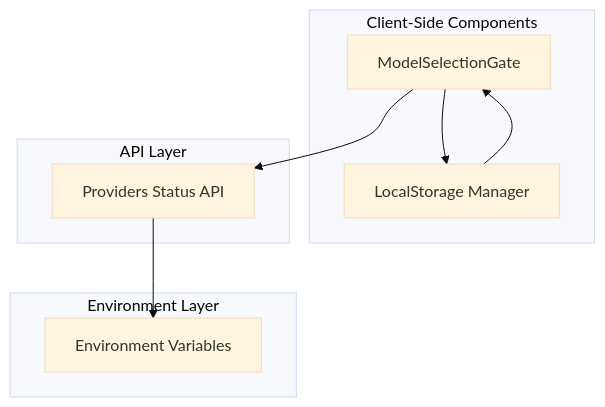
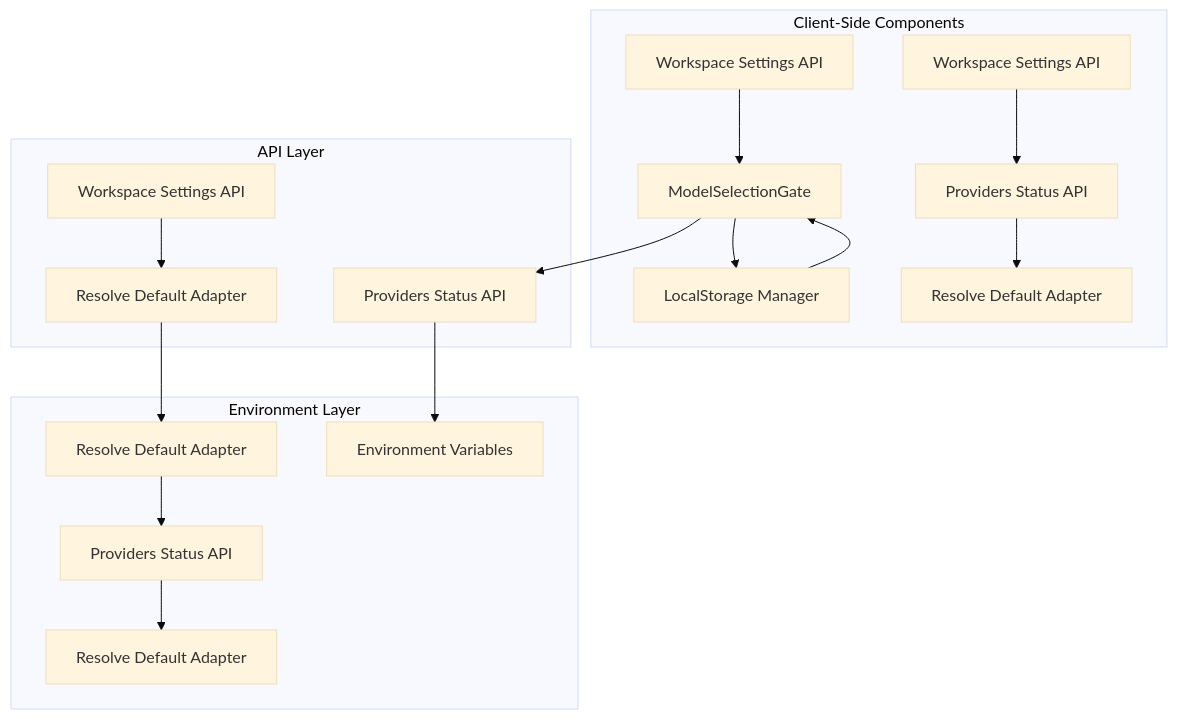
Before and after one commit to shekhargiri005-dotcom/AI-powered-accessibility-first-UI-engine: the first of 5 diagrams in .qoder/repowiki/en/content/Model Selection Gate.md, drawn with Mermaid (base theme). The commit also changed other lines of this file and 20 other files, not shown here.

````diff
--- a/.qoder/repowiki/en/content/Model Selection Gate.md
+++ b/.qoder/repowiki/en/content/Model Selection Gate.md
@@ -42,17 +55,33 @@
 ```mermaid
 graph TB
 subgraph "Client-Side Components"
 MSG[ModelSelectionGate]
 LS[LocalStorage Manager]
+WS[Workspace Settings API]
+ENDPOINT[Workspace Settings API]
+ENDPOINT2[Providers Status API]
+ENDPOINT3[Resolve Default Adapter]
 end
 subgraph "API Layer"
 PS[Providers Status API]
+ENDPOINT4[Workspace Settings API]
+ENDPOINT5[Resolve Default Adapter]
 end
 subgraph "Environment Layer"
 ENV[Environment Variables]
+ENDPOINT6[Resolve Default Adapter]
+ENDPOINT7[Providers Status API]
+ENDPOINT8[Resolve Default Adapter]
 end
 MSG --> PS
 MSG --> LS
 PS --> ENV
 LS --> MSG
+WS --> MSG
+ENDPOINT --> ENDPOINT2
+ENDPOINT2 --> ENDPOINT3
+ENDPOINT4 --> ENDPOINT5
+ENDPOINT5 --> ENDPOINT6
+ENDPOINT6 --> ENDPOINT7
+ENDPOINT7 --> ENDPOINT8
 ```
````
